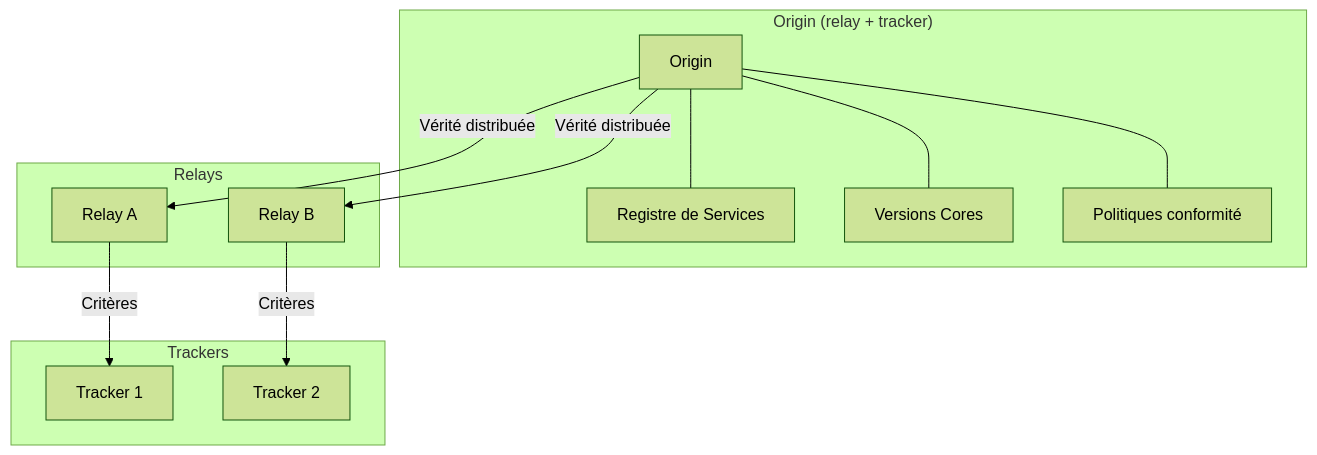
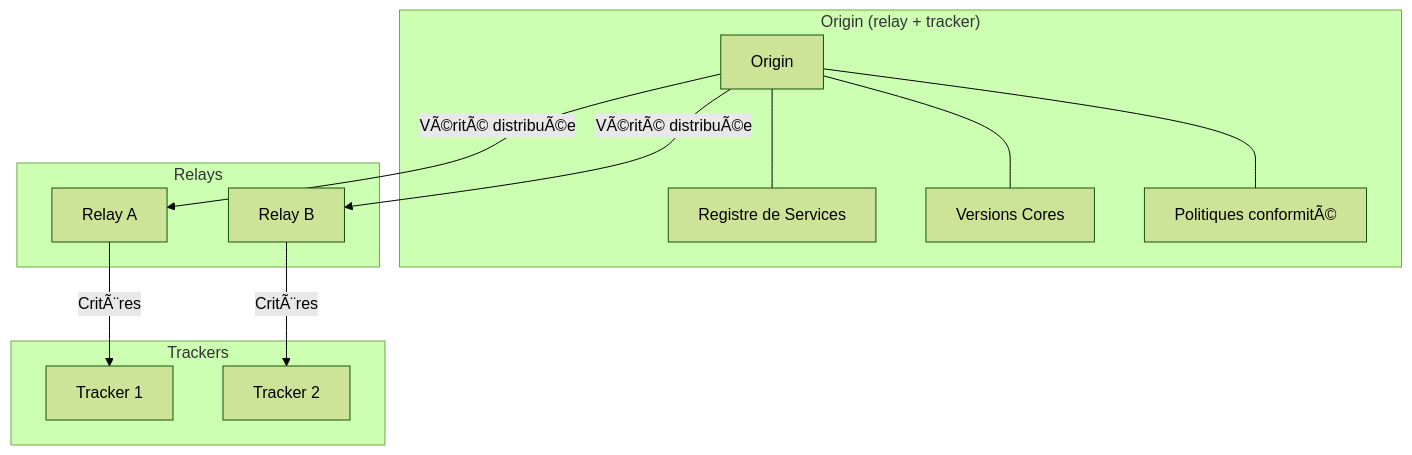
Before and after one commit to StudioMiyukini/miyukini_cog: the first of 2 diagrams in docs/miyukini-webway-system/acteurs/MWS - Origin.md, drawn with Mermaid (forest theme). The commit also changed other lines of this file and 1287 other files, not shown here.

````diff
--- a/docs/miyukini-webway-system/acteurs/MWS - Origin.md
+++ b/docs/miyukini-webway-system/acteurs/MWS - Origin.md
@@ -24,27 +24,27 @@
 ```mermaid
 flowchart TB
     subgraph Origin["Origin (relay + tracker)"]
         O[Origin]
         REG[Registre de Services]
         VER[Versions Cores]
-        POL[Politiques conformité]
+        POL[Politiques conformitÃ©]
         O --- REG
         O --- VER
         O --- POL
     end
 
     subgraph Relays["Relays"]
         R1[Relay A]
         R2[Relay B]
     end
 
     subgraph Trackers["Trackers"]
         T1[Tracker 1]
         T2[Tracker 2]
     end
 
-    O -->|Vérité distribuée| R1
-    O -->|Vérité distribuée| R2
-    R1 -->|Critères| T1
-    R2 -->|Critères| T2
+    O -->|VÃ©ritÃ© distribuÃ©e| R1
+    O -->|VÃ©ritÃ© distribuÃ©e| R2
+    R1 -->|CritÃ¨res| T1
+    R2 -->|CritÃ¨res| T2
 ```
````
